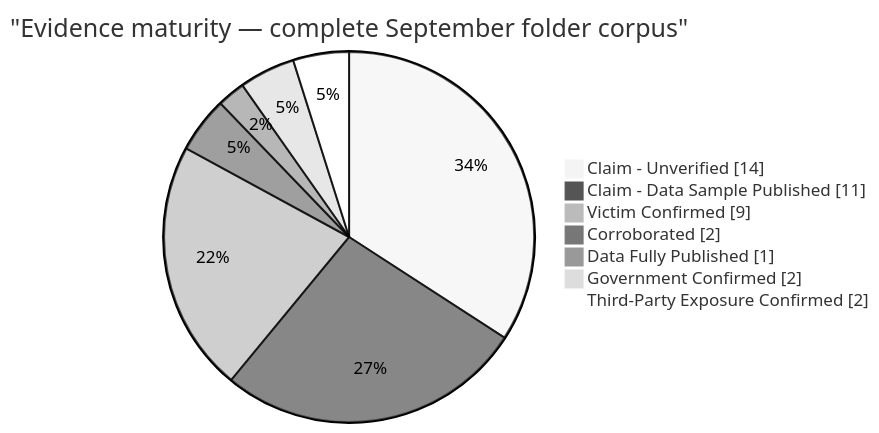
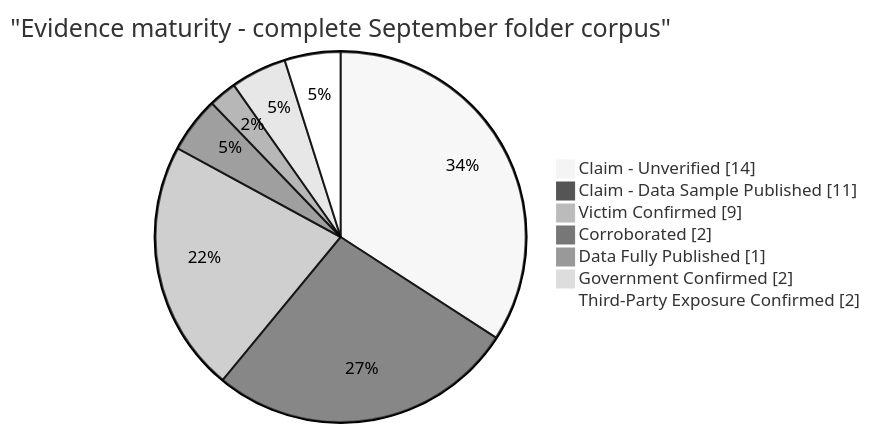
The eighth of 10 diagrams in CyberAttackAfrica/2026/09-september/README.md (Hatchepsoute/AFRINTEL), drawn with Mermaid (neutral theme) before and after one commit. The commit also changed other lines of this file and 35 other files, not shown here.

````diff
--- a/CyberAttackAfrica/2026/09-september/README.md
+++ b/CyberAttackAfrica/2026/09-september/README.md
@@ -225,11 +225,11 @@
 ```mermaid
 pie showData
-    title "Evidence maturity — complete September folder corpus"
+    title "Evidence maturity  -  complete September folder corpus"
     "Claim - Unverified" : 14
     "Claim - Data Sample Published" : 11
     "Victim Confirmed" : 9
     "Corroborated" : 2
     "Data Fully Published" : 1
     "Government Confirmed" : 2
     "Third-Party Exposure Confirmed" : 2
 ```
````
